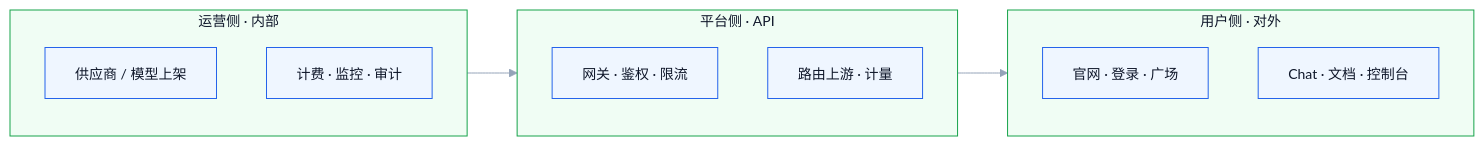
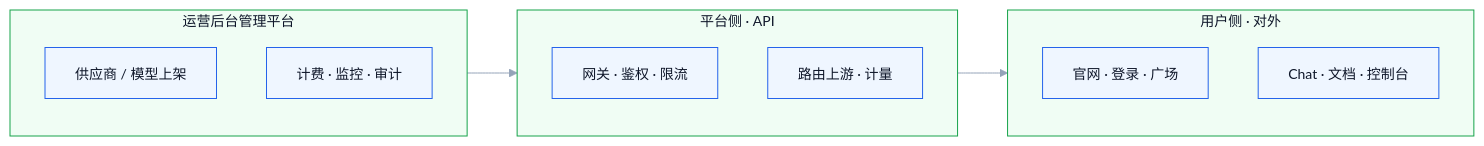
Before and after one commit to chenximo/trinity-AI: the diagram in apps/trinity-product/docs/ai-api-platform/index.md, drawn with Mermaid. The commit also changed other lines of this file and 24 other files, not shown here.

````diff
--- a/apps/trinity-product/docs/ai-api-platform/index.md
+++ b/apps/trinity-product/docs/ai-api-platform/index.md
@@ -22,20 +22,20 @@
 ```mermaid
 %%{init: {'theme': 'base', 'themeVariables': {'fontFamily': 'Inter, Noto Sans SC, sans-serif', 'fontSize': '14px', 'primaryColor': '#eff6ff', 'primaryTextColor': '#0f172a', 'primaryBorderColor': '#2563eb', 'secondaryColor': '#f5f3ff', 'secondaryTextColor': '#0f172a', 'secondaryBorderColor': '#7c3aed', 'tertiaryColor': '#f0fdf4', 'tertiaryTextColor': '#0f172a', 'tertiaryBorderColor': '#16a34a', 'lineColor': '#94a3b8'}}}%%
 flowchart LR
-  subgraph ops["运营侧 · 内部"]
+  subgraph ops["运营后台管理平台"]
     direction TB
     O1["供应商 / 模型上架"]
     O2["计费 · 监控 · 审计"]
   end
   subgraph core["平台侧 · API"]
     direction TB
     P1["网关 · 鉴权 · 限流"]
     P2["路由上游 · 计量"]
   end
   subgraph ux["用户侧 · 对外"]
     direction TB
     U1["官网 · 登录 · 广场"]
     U2["Chat · 文档 · 控制台"]
   end
   ops --> core --> ux
 ```
````
